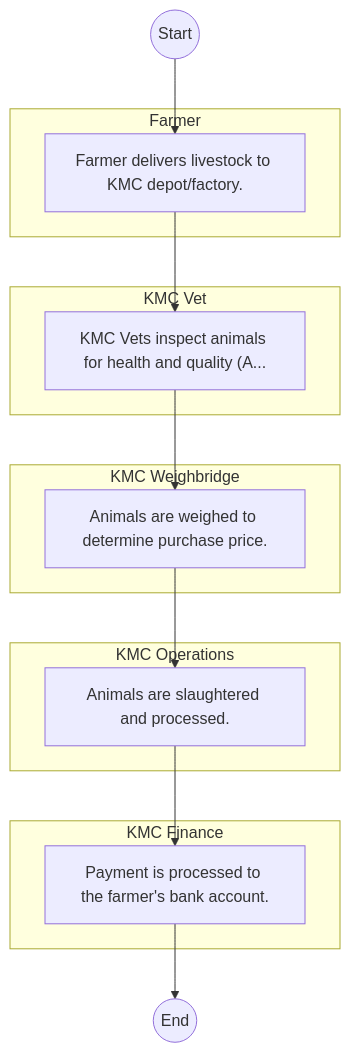
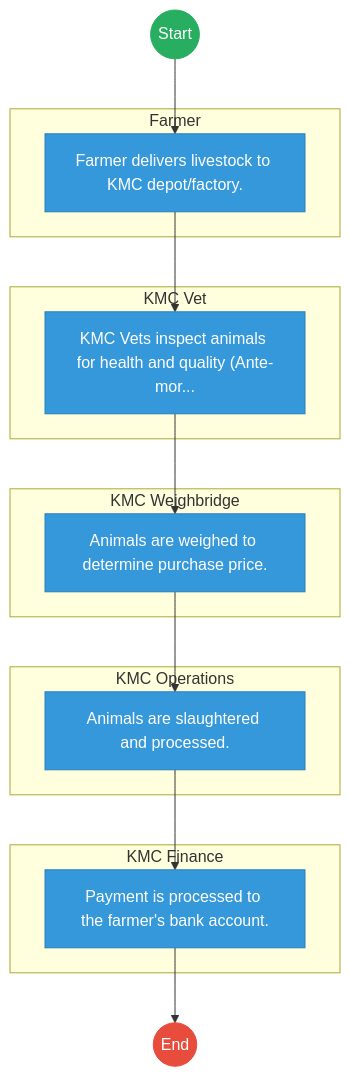
Before and after one commit to BITZ-IT-Consulting-LTD/ictapoc: the first of 2 diagrams in mdas/docs_final/Kenya_Meat_Commission___Service_Delivery.md, drawn with Mermaid. The commit also changed other lines of this file and 461 other files, not shown here.

````diff
--- a/mdas/docs_final/Kenya_Meat_Commission___Service_Delivery.md
+++ b/mdas/docs_final/Kenya_Meat_Commission___Service_Delivery.md
@@ -20,24 +20,38 @@
 ```mermaid
 graph TD
     Start((Start)) --> S1
+
     subgraph Farmer [Farmer]
         S1["Farmer delivers livestock to KMC depot/factory."]
     end
-    subgraph KMCVet [KMC Vet]
-        S2["KMC Vets inspect animals for health and quality (A..."]
+
+    subgraph KMC_Vet [KMC Vet]
+        S2["KMC Vets inspect animals for health and quality (Ante-mor..."]
     end
-    subgraph KMCWeighbridge [KMC Weighbridge]
+
+    subgraph KMC_Weighbridge [KMC Weighbridge]
         S3["Animals are weighed to determine purchase price."]
     end
-    subgraph KMCOperations [KMC Operations]
+
+    subgraph KMC_Operations [KMC Operations]
         S4["Animals are slaughtered and processed."]
     end
-    subgraph KMCFinance [KMC Finance]
+
+    subgraph KMC_Finance [KMC Finance]
         S5["Payment is processed to the farmer's bank account."]
     end
     S1 --> S2
     S2 --> S3
     S3 --> S4
     S4 --> S5
     S5 --> End((End))
+
+    classDef start fill:#27ae60,stroke:#27ae60,color:#fff;
+    classDef endNode fill:#e74c3c,stroke:#e74c3c,color:#fff;
+    classDef userTask fill:#3498db,stroke:#2980b9,color:#fff;
+    classDef serviceTask fill:#9b59b6,stroke:#8e44ad,color:#fff;
+
+    class Start start;
+    class End endNode;
+    class S1,S2,S3,S4,S5 userTask;
 ```
````
